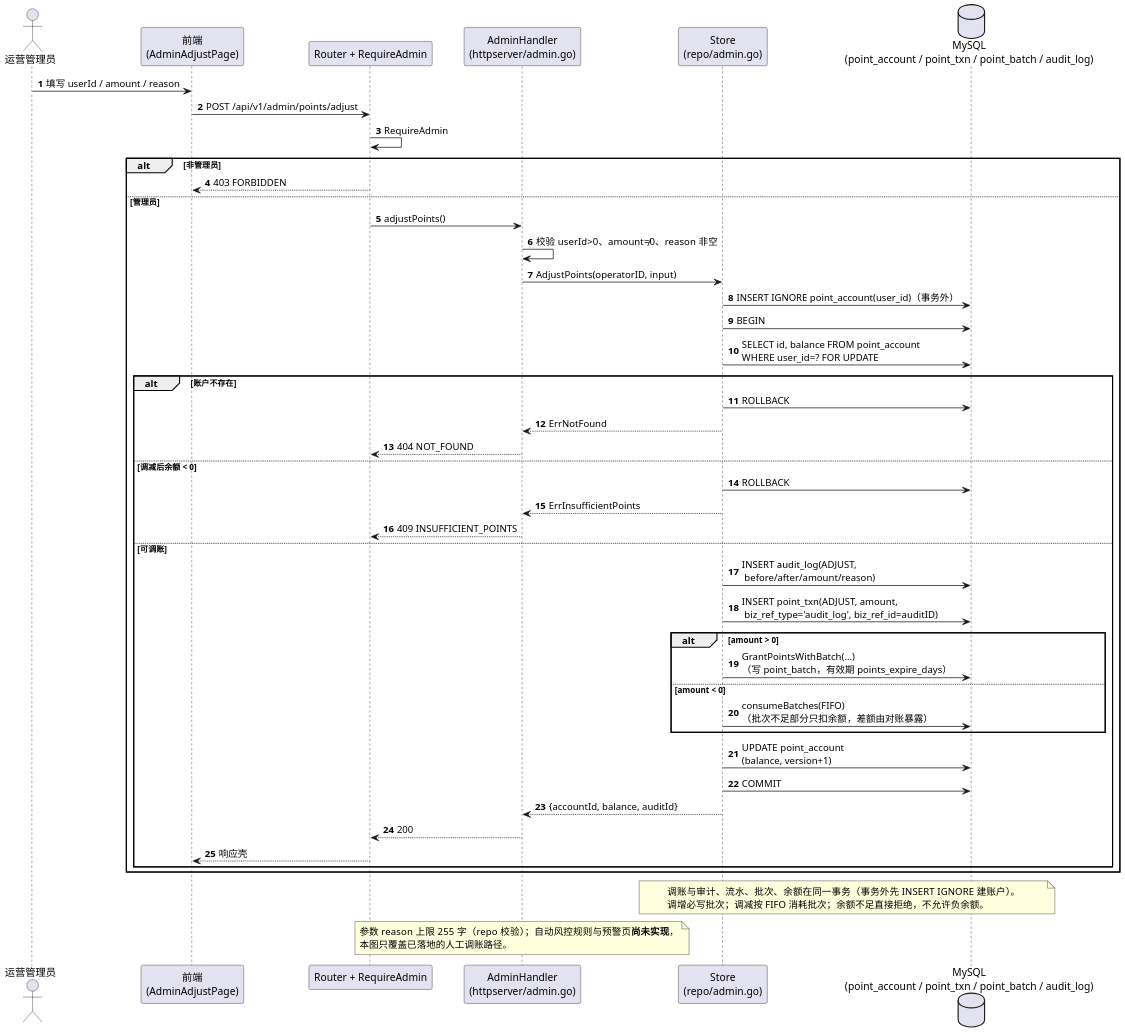
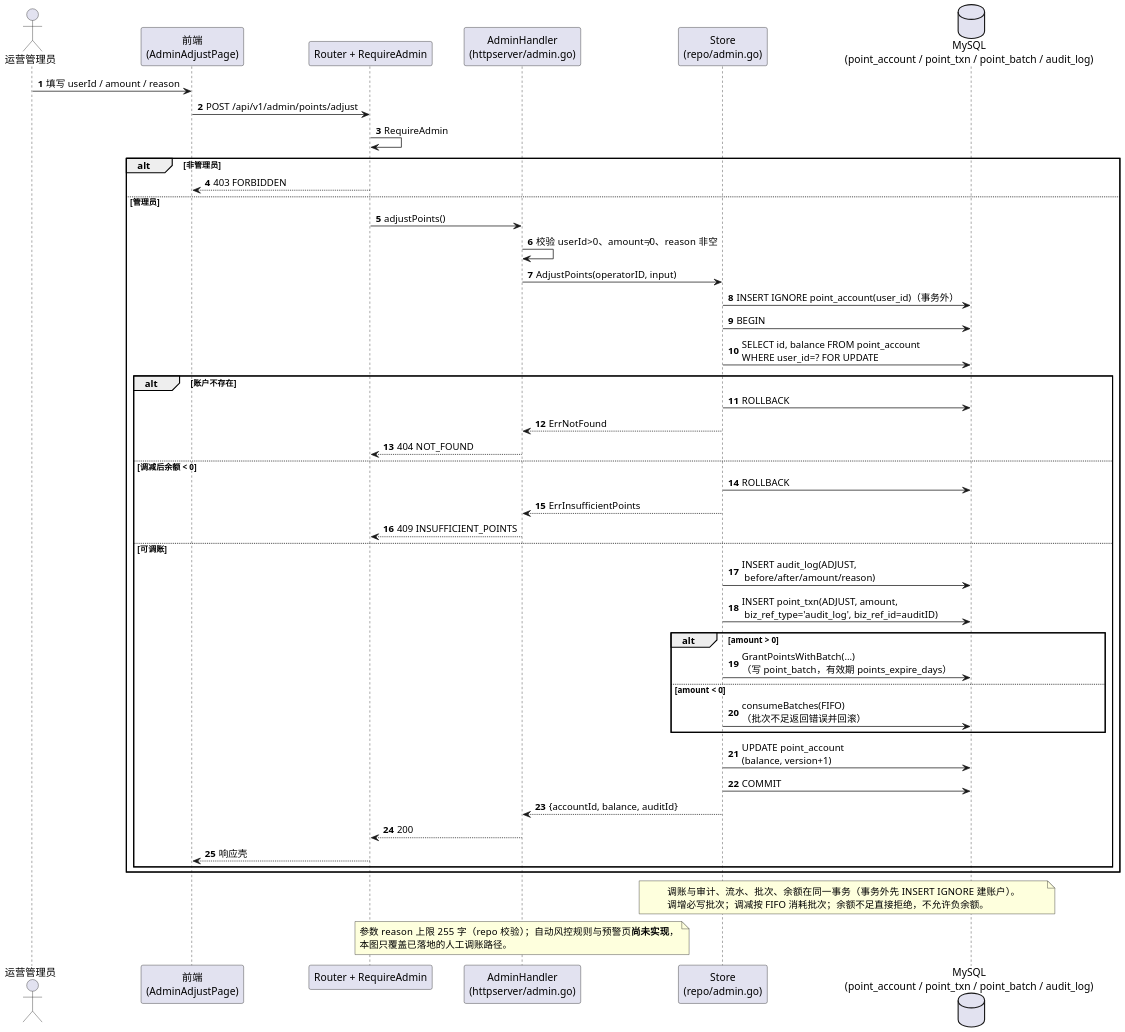
The diagram in docs/uml/47-序列图-风控与人工调账.puml (chiyan11/green-travel-points), drawn with PlantUML before and after one commit. The commit also changed 9 other files, not shown here.

Commit message:
docs(uml): 同步批次不足与 Worker 事实

```diff
--- a/docs/uml/47-序列图-风控与人工调账.puml
+++ b/docs/uml/47-序列图-风控与人工调账.puml
@@ -1,60 +1,60 @@
 @startuml 图2-40 序列图：风控与人工调账（UC-15 用例实现）
 ' 依据：需求规格说明书用例清单；代码 apps/api/internal/httpserver 与 repo（2026-11-26）
 skinparam defaultFontName "Microsoft YaHei"
 skinparam dpi 150
 skinparam shadowing false
 autonumber
 
 actor "运营管理员" as A
 participant "前端\n(AdminAdjustPage)" as FE
 participant "Router + RequireAdmin" as API
 participant "AdminHandler\n(httpserver/admin.go)" as H
 participant "Store\n(repo/admin.go)" as S
 database "MySQL\n(point_account / point_txn / point_batch / audit_log)" as DB
 
 A -> FE : 填写 userId / amount / reason
 FE -> API : POST /api/v1/admin/points/adjust
 API -> API : RequireAdmin
 alt 非管理员
   API --> FE : 403 FORBIDDEN
 else 管理员
   API -> H : adjustPoints()
   H -> H : 校验 userId>0、amount≠0、reason 非空
   H -> S : AdjustPoints(operatorID, input)
   S -> DB : INSERT IGNORE point_account(user_id)（事务外）
   S -> DB : BEGIN
   S -> DB : SELECT id, balance FROM point_account\nWHERE user_id=? FOR UPDATE
   alt 账户不存在
     S -> DB : ROLLBACK
     S --> H : ErrNotFound
     H --> API : 404 NOT_FOUND
   else 调减后余额 < 0
     S -> DB : ROLLBACK
     S --> H : ErrInsufficientPoints
     H --> API : 409 INSUFFICIENT_POINTS
   else 可调账
     S -> DB : INSERT audit_log(ADJUST,\n before/after/amount/reason)
     S -> DB : INSERT point_txn(ADJUST, amount,\n biz_ref_type='audit_log', biz_ref_id=auditID)
     alt amount > 0
       S -> DB : GrantPointsWithBatch(...)\n（写 point_batch，有效期 points_expire_days）
     else amount < 0
-      S -> DB : consumeBatches(FIFO)\n（批次不足部分只扣余额，差额由对账暴露）
+      S -> DB : consumeBatches(FIFO)\n（批次不足返回错误并回滚）
     end
     S -> DB : UPDATE point_account\n(balance, version+1)
     S -> DB : COMMIT
     S --> H : {accountId, balance, auditId}
     H --> API : 200
     API --> FE : 响应壳
   end
 end
 
 note over S, DB
   调账与审计、流水、批次、余额在同一事务（事务外先 INSERT IGNORE 建账户）。
   调增必写批次；调减按 FIFO 消耗批次；余额不足直接拒绝，不允许负余额。
 end note
 note over H
   参数 reason 上限 255 字（repo 校验）；自动风控规则与预警页**尚未实现**，
   本图只覆盖已落地的人工调账路径。
 end note
 
 @enduml
```
